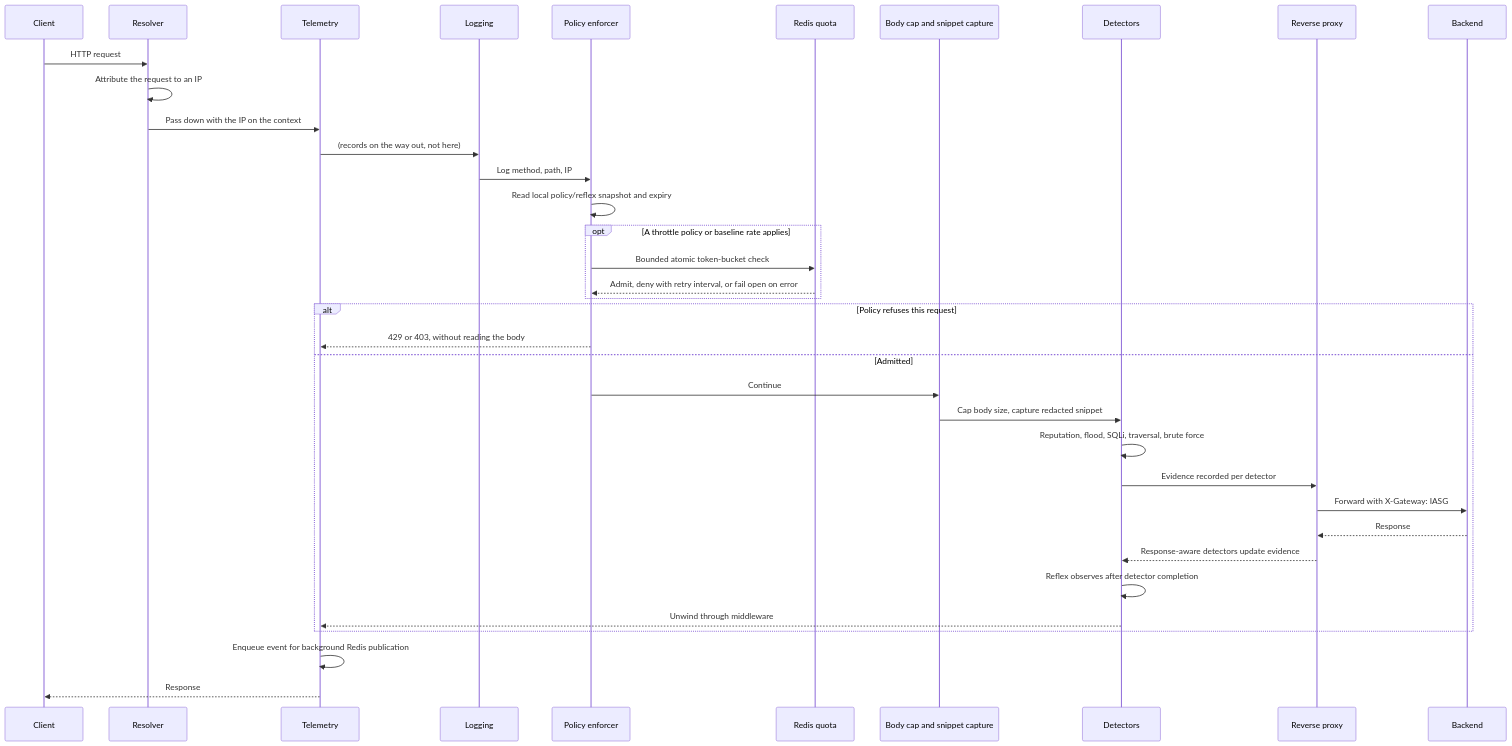
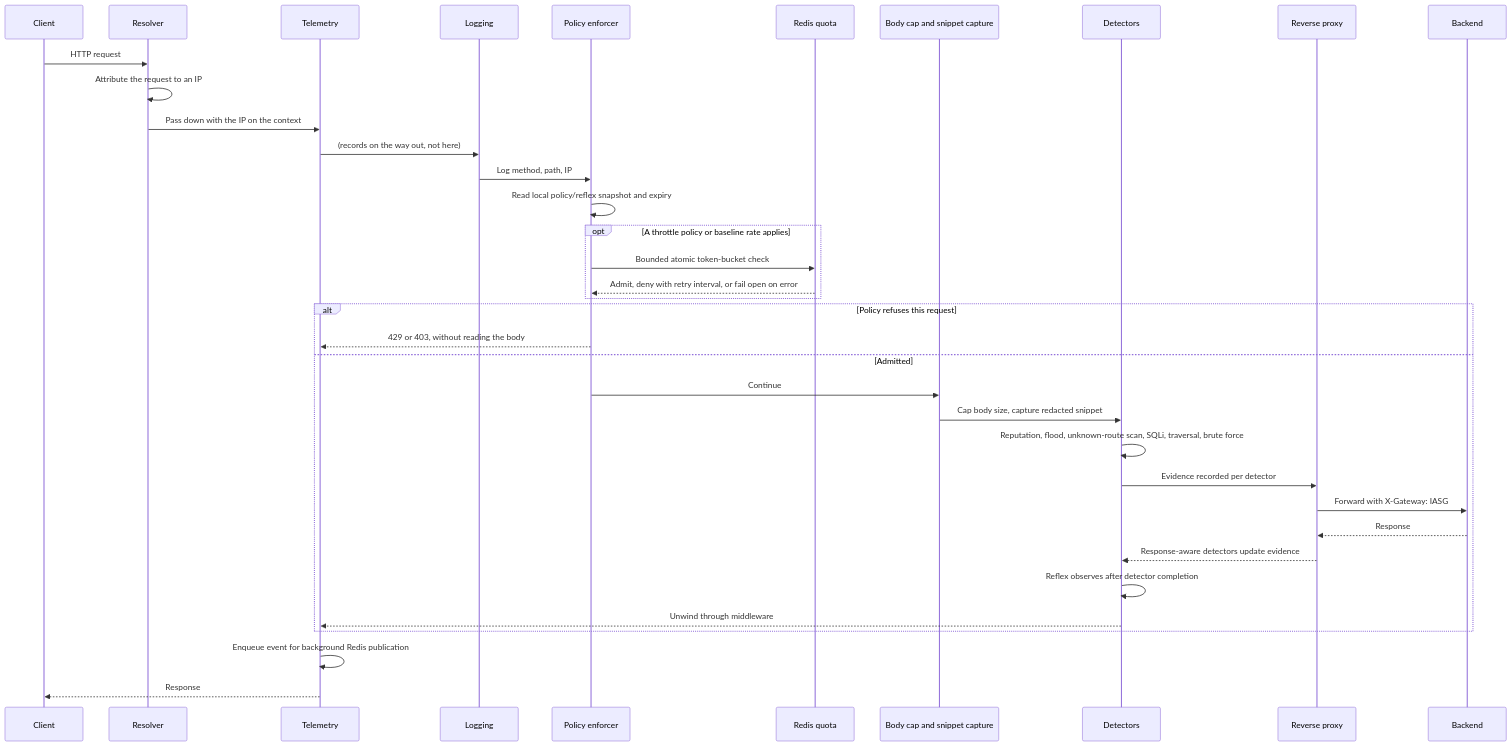
One commit to Adnan-Safdari/Intelligent_API_Security_Gateway changed the diagram in gateway/docs/request-lifecycle.md. Above: the diagram before and after it, drawn with Mermaid. The commit also changed 29 other files, not shown here.

````diff
--- a/gateway/docs/request-lifecycle.md
+++ b/gateway/docs/request-lifecycle.md
@@ -11,39 +11,39 @@
 ```mermaid
 sequenceDiagram
     participant C as Client
     participant R as Resolver
     participant T as Telemetry
     participant L as Logging
     participant P as Policy enforcer
     participant Q as Redis quota
     participant I as Body cap and snippet capture
     participant D as Detectors
     participant RP as Reverse proxy
     participant B as Backend
 
     C->>R: HTTP request
     R->>R: Attribute the request to an IP
     R->>T: Pass down with the IP on the context
     T->>L: (records on the way out, not here)
     L->>P: Log method, path, IP
     P->>P: Read local policy/reflex snapshot and expiry
     opt A throttle policy or baseline rate applies
         P->>Q: Bounded atomic token-bucket check
         Q-->>P: Admit, deny with retry interval, or fail open on error
     end
     alt Policy refuses this request
         P-->>T: 429 or 403, without reading the body
     else Admitted
         P->>I: Continue
         I->>D: Cap body size, capture redacted snippet
-        D->>D: Reputation, flood, SQLi, traversal, brute force
+        D->>D: Reputation, flood, unknown-route scan, SQLi, traversal, brute force
         D->>RP: Evidence recorded per detector
         RP->>B: Forward with X-Gateway: IASG
         B-->>RP: Response
         RP-->>D: Response-aware detectors update evidence
         D->>D: Reflex observes after detector completion
         D-->>T: Unwind through middleware
     end
     T->>T: Enqueue event for background Redis publication
     T-->>C: Response
 ```
````
